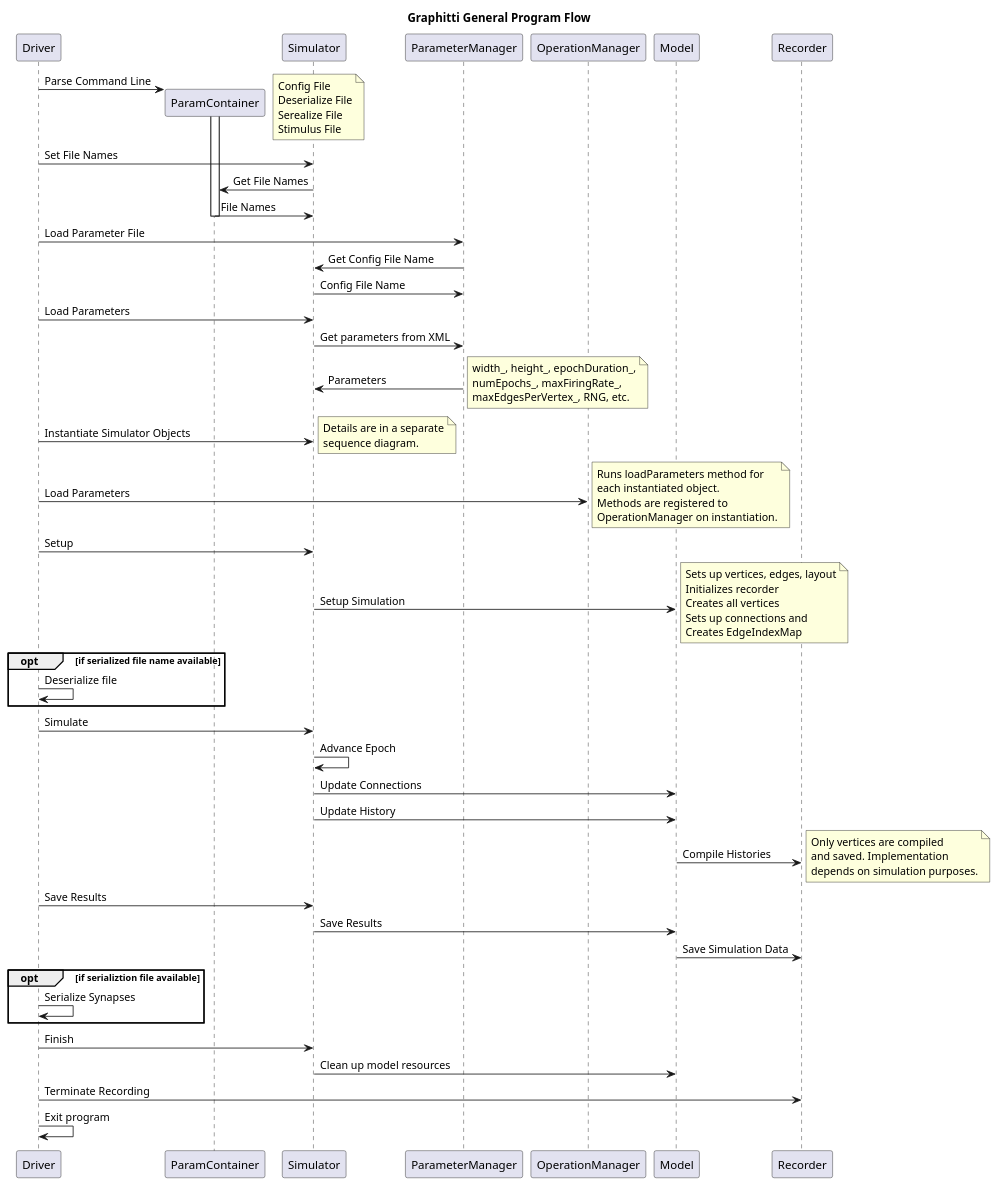
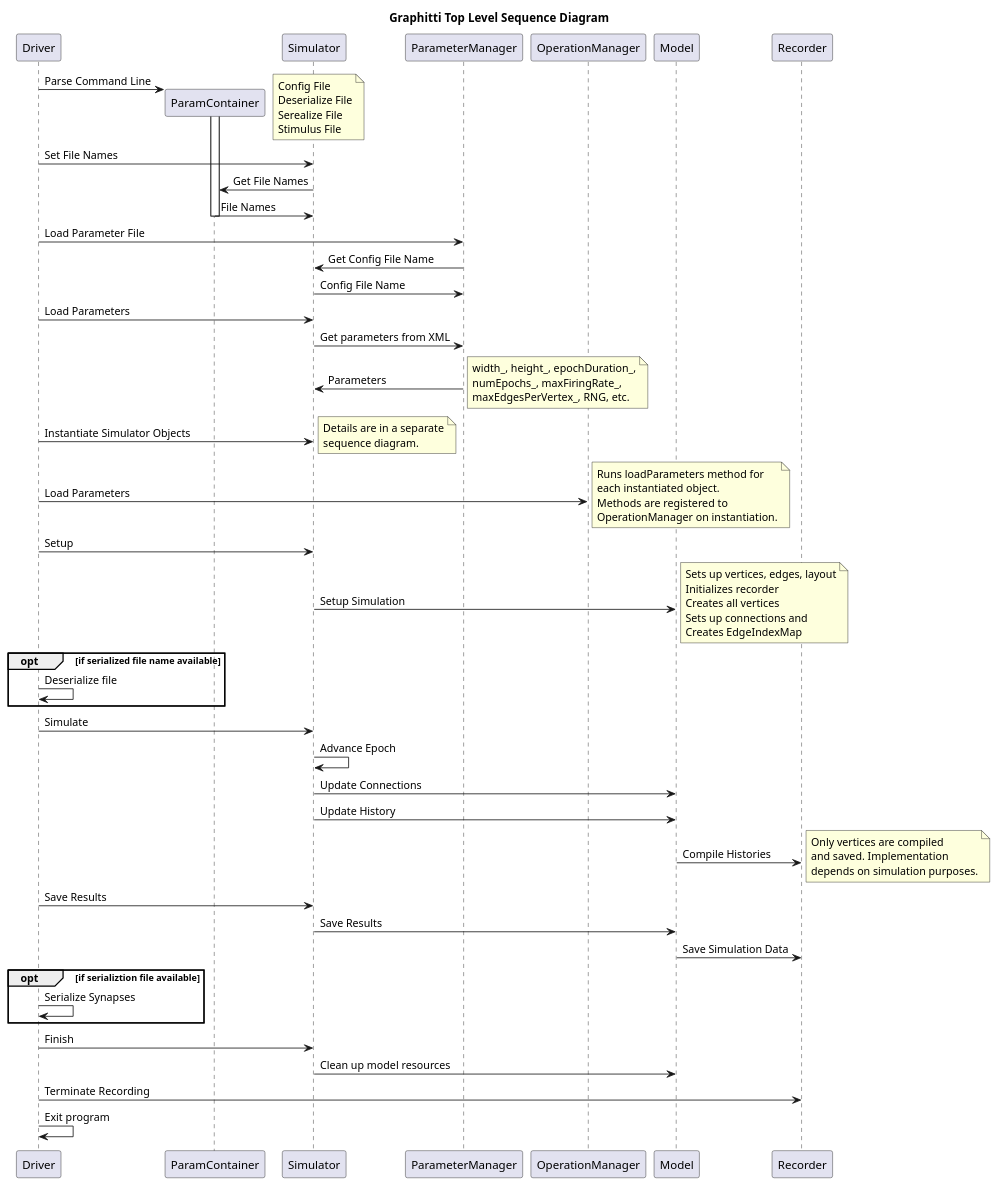
Before and after one commit to UWB-Biocomputing/Graphitti: the diagram in docs/Developer/UML/topLevelFlow.puml, drawn with PlantUML.

Commit message:
Changed Diagram Name

```diff
--- a/docs/Developer/UML/topLevelFlow.puml
+++ b/docs/Developer/UML/topLevelFlow.puml
@@ -1,84 +1,84 @@
 @startuml topLevelFlow
 
-title Graphitti General Program Flow
+title Graphitti Top Level Sequence Diagram
 
 Driver -> ParamContainer **: Parse Command Line
 activate ParamContainer
 note right
     Config File
     Deserialize File
     Serealize File
     Stimulus File
 end note
 
 Driver -> Simulator: Set File Names
 Simulator -> ParamContainer: Get File Names
 ParamContainer -> Simulator: File Names
 deactivate ParamContainer
 
 Driver -> ParameterManager: Load Parameter File
 ParameterManager -> Simulator: Get Config File Name
 Simulator -> ParameterManager: Config File Name
 Driver -> Simulator: Load Parameters
 Simulator -> ParameterManager: Get parameters from XML
 ParameterManager -> Simulator: Parameters
 note right
     width_, height_, epochDuration_,
     numEpochs_, maxFiringRate_,
     maxEdgesPerVertex_, RNG, etc.
 end note
 
 Driver -> Simulator: Instantiate Simulator Objects
 note right
     Details are in a separate
     sequence diagram.
 end note
 
 ' Expand in a separate diagram
 Driver -> OperationManager: Load Parameters
 note right
     Runs loadParameters method for
     each instantiated object.
     Methods are registered to
     OperationManager on instantiation.
 end note
 
 Driver -> Simulator: Setup
 Simulator -> Model: Setup Simulation
 note right
     Sets up vertices, edges, layout
     Initializes recorder
     Creates all vertices
     Sets up connections and
     Creates EdgeIndexMap
 end note
 
 opt if serialized file name available
     Driver -> Driver: Deserialize file
 end
 
 Driver -> Simulator: Simulate
 Simulator -> Simulator: Advance Epoch
 Simulator -> Model: Update Connections
 Simulator -> Model: Update History
 Model -> Recorder: Compile Histories
 note right
     Only vertices are compiled
     and saved. Implementation
     depends on simulation purposes.
 end note
 
 Driver -> Simulator: Save Results
 Simulator -> Model: Save Results
 Model -> Recorder: Save Simulation Data
 
 opt if serializtion file available
     Driver -> Driver: Serialize Synapses
 end
 
 Driver -> Simulator: Finish
 Simulator -> Model: Clean up model resources
 Driver -> Recorder: Terminate Recording
 Driver -> Driver: Exit program
 
 @enduml
```
